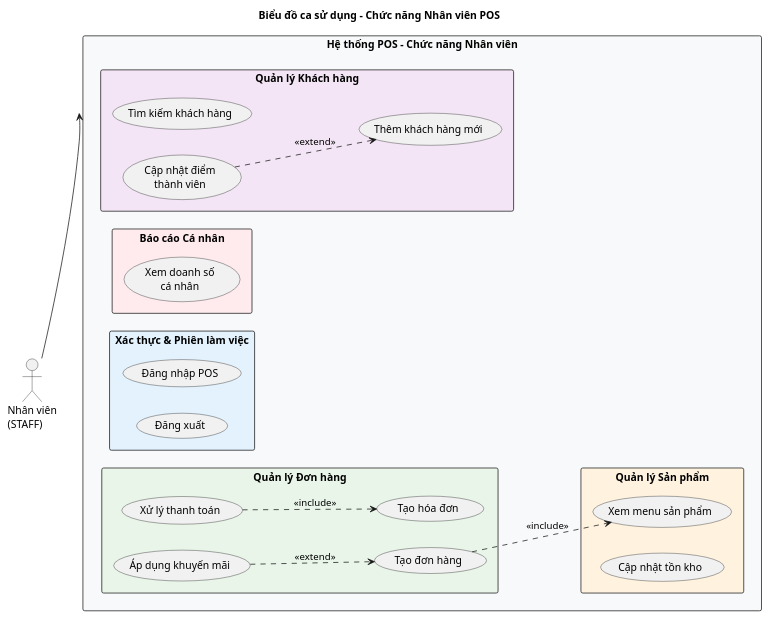
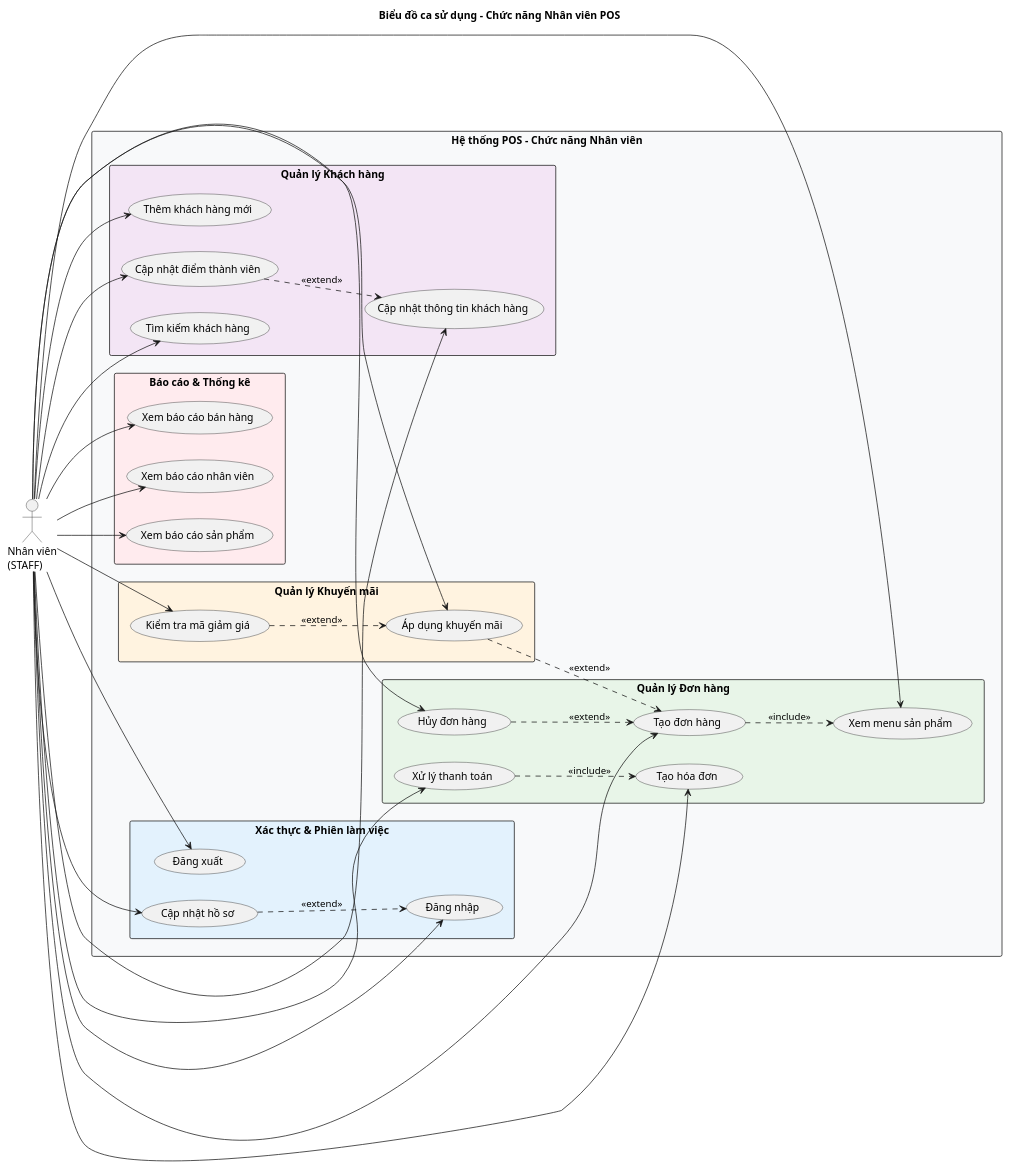
Diagram 14 of 24 in docs/report/Chương-3.md (ptithcm-system-design-2025/boba-eco-system), drawn with PlantUML before and after one commit. The commit also changed other lines of this file, not shown here.

First line of the commit message:
docs: expand and revise Chapter 3 report content

````diff
--- a/docs/report/Chương-3.md
+++ b/docs/report/Chương-3.md
@@ -730,63 +788,78 @@
 ```plantuml
 @startuml
 title Biểu đồ ca sử dụng - Chức năng Nhân viên POS
 
 left to right direction
 skinparam packageStyle rectangle
 
 actor "Nhân viên\n(STAFF)" as Staff
 
 rectangle "Hệ thống POS - Chức năng Nhân viên" #f8f9fa {
 
   package "Xác thực & Phiên làm việc" #e3f2fd {
-    usecase "Đăng nhập POS" as S_Login
+    usecase "Đăng nhập" as S_Login
     usecase "Đăng xuất" as S_Logout
+    usecase "Cập nhật hồ sơ" as S_UpdateProfile
   }
 
   package "Quản lý Đơn hàng" #e8f5e8 {
+    usecase "Xem menu sản phẩm" as S_ViewMenu
     usecase "Tạo đơn hàng" as S_CreateOrder
     usecase "Xử lý thanh toán" as S_ProcessPayment
     usecase "Tạo hóa đơn" as S_CreateInvoice
-    usecase "Áp dụng khuyến mãi" as S_ApplyDiscount
+    usecase "Hủy đơn hàng" as S_CancelOrder
   }
 
-  package "Quản lý Sản phẩm" #fff3e0 {
-    usecase "Xem menu sản phẩm" as S_ViewMenu
-    usecase "Cập nhật tồn kho" as S_UpdateStock
+  package "Quản lý Khuyến mãi" #fff3e0 {
+    usecase "Áp dụng khuyến mãi" as S_ApplyDiscount
+    usecase "Kiểm tra mã giảm giá" as S_ValidateDiscount
   }
 
   package "Quản lý Khách hàng" #f3e5f5 {
     usecase "Tìm kiếm khách hàng" as S_SearchCustomer
     usecase "Thêm khách hàng mới" as S_AddCustomer
-    usecase "Cập nhật điểm\nthành viên" as S_UpdatePoints
+    usecase "Cập nhật thông tin khách hàng" as S_UpdateCustomer
+    usecase "Cập nhật điểm thành viên" as S_UpdatePoints
   }
 
-  package "Báo cáo Cá nhân" #ffebee {
-    usecase "Xem doanh số\ncá nhân" as S_ViewPersonalSales
+  package "Báo cáo & Thống kê" #ffebee {
+    usecase "Xem báo cáo bán hàng" as S_ViewSalesReport
+    usecase "Xem báo cáo nhân viên" as S_ViewEmployeeReport
+    usecase "Xem báo cáo sản phẩm" as S_ViewProductReport
   }
 }
 
 ' Staff associations
 Staff --> S_Login
 Staff --> S_Logout
+Staff --> S_UpdateProfile
 Staff --> S_ViewMenu
 Staff --> S_CreateOrder
 Staff --> S_ProcessPayment
 Staff --> S_CreateInvoice
+Staff --> S_CancelOrder
 Staff --> S_ApplyDiscount
-Staff --> S_UpdateStock
+Staff --> S_ValidateDiscount
 Staff --> S_SearchCustomer
 Staff --> S_AddCustomer
+Staff --> S_UpdateCustomer
 Staff --> S_UpdatePoints
-Staff --> S_ViewPersonalSales
+Staff --> S_ViewSalesReport
+Staff --> S_ViewEmployeeReport
+Staff --> S_ViewProductReport
 
 ' Include relationships (mandatory behavior)
+' Use case lớn bao gồm use case nhỏ như một phần không thể thiếu
 S_CreateOrder ..> S_ViewMenu : <<include>>
 S_ProcessPayment ..> S_CreateInvoice : <<include>>
 
 ' Extend relationships (optional behavior)
+' Use case bổ sung chức năng cho use case có sẵn trong điều kiện nhất định
 S_ApplyDiscount ..> S_CreateOrder : <<extend>>
-S_UpdatePoints ..> S_AddCustomer : <<extend>>
+S_ValidateDiscount ..> S_ApplyDiscount : <<extend>>
+S_UpdateProfile ..> S_Login : <<extend>>
+S_CancelOrder ..> S_CreateOrder : <<extend>>
+S_UpdatePoints ..> S_UpdateCustomer : <<extend>>
 
 @enduml
 ```
````
